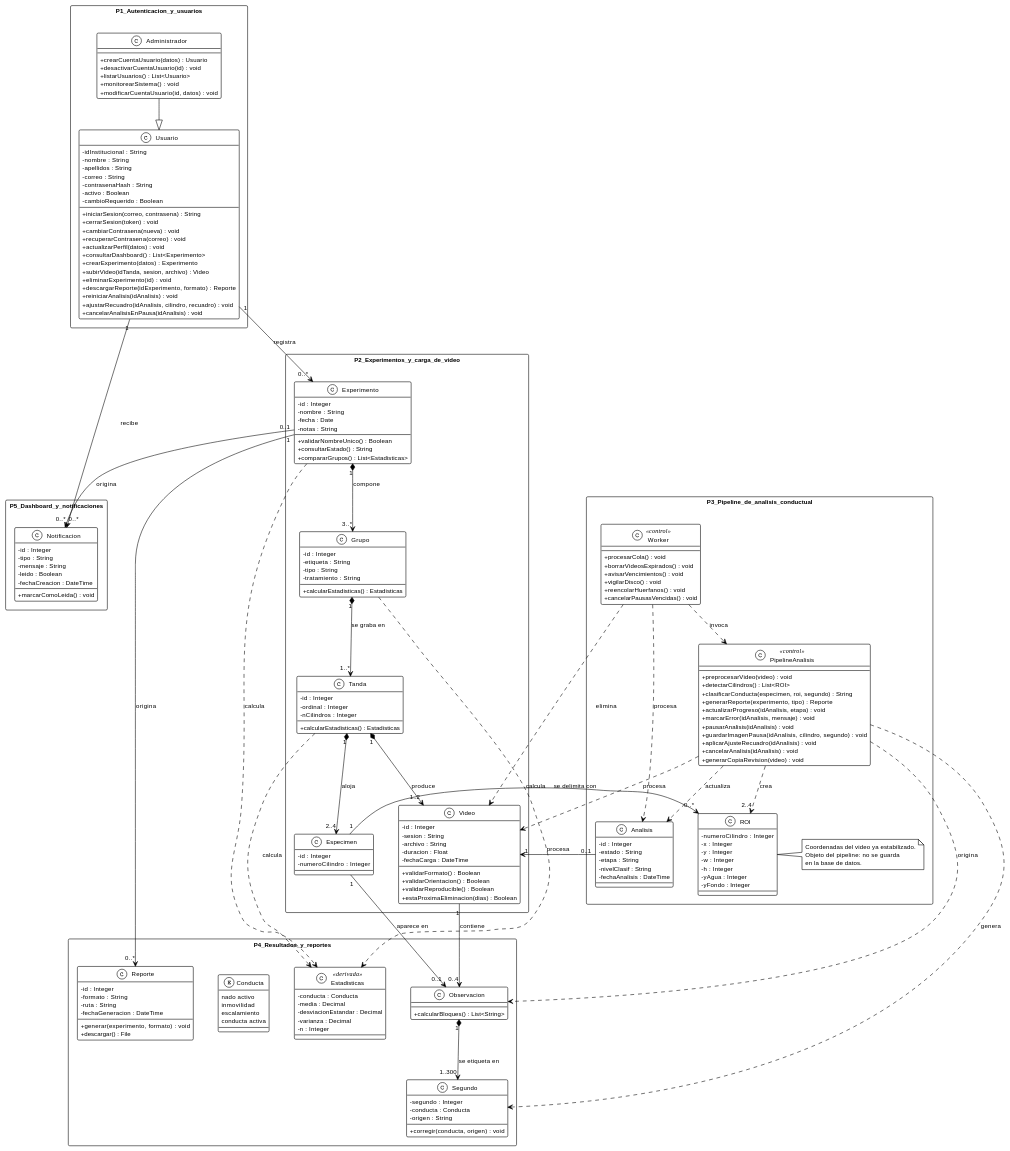
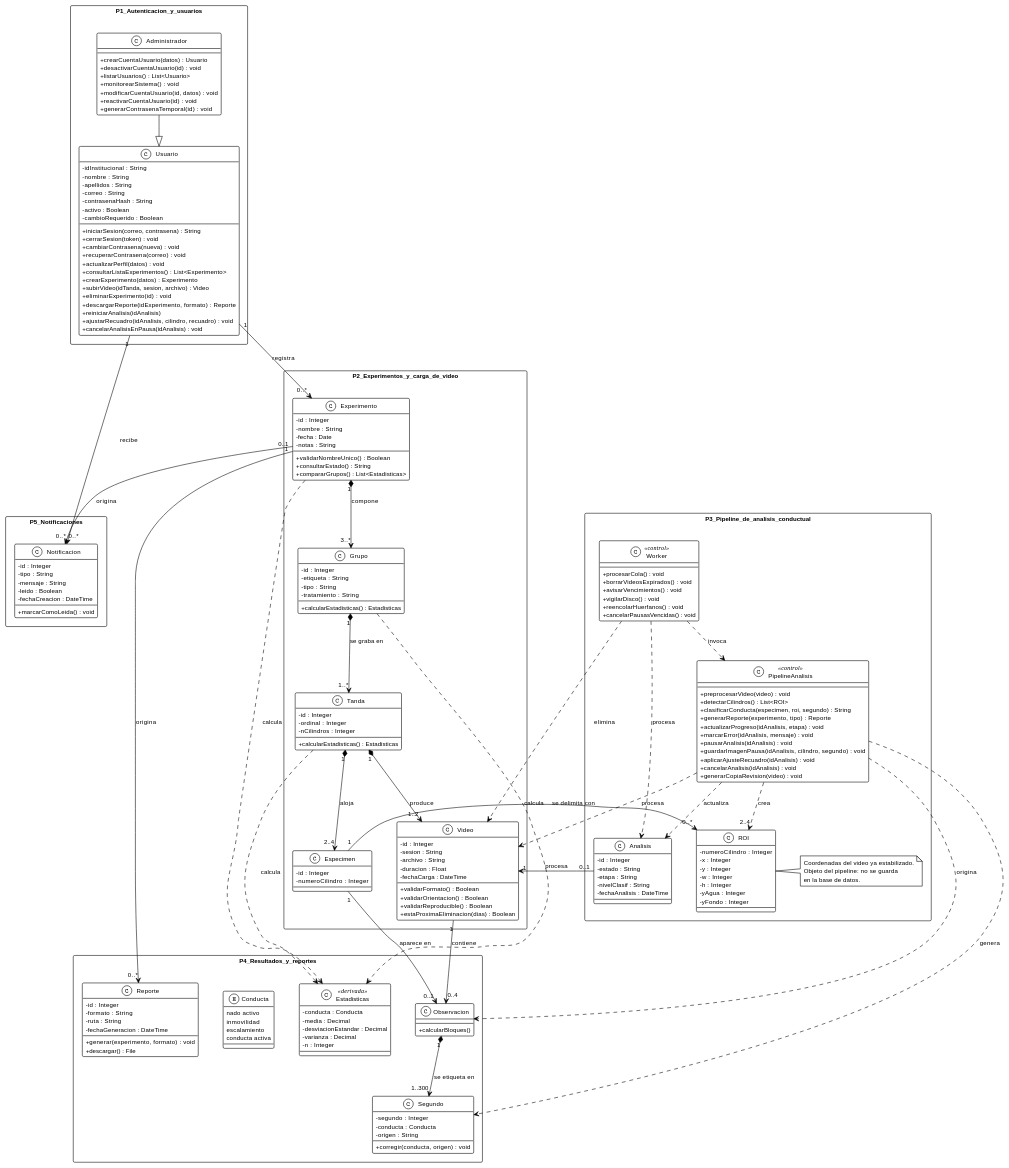
Before and after one commit to ErickJester/fst-ai-system-latex: diagram 13 of 39 in INSTRUCCIONES-WEB.md, drawn with PlantUML. The commit also changed other lines of this file and 89 other files, not shown here.

```diff
--- a/INSTRUCCIONES-WEB.md
+++ b/INSTRUCCIONES-WEB.md
@@ -1842,12 +1837,12 @@
     +cambiarContrasena(nueva) : void
     +recuperarContrasena(correo) : void
     +actualizarPerfil(datos) : void
-    +consultarDashboard() : List<Experimento>
+    +consultarListaExperimentos() : List<Experimento>
     +crearExperimento(datos) : Experimento
     +subirVideo(idTanda, sesion, archivo) : Video
     +eliminarExperimento(id) : void
     +descargarReporte(idExperimento, formato) : Reporte
-    +reiniciarAnalisis(idAnalisis) : void
+    +reiniciarAnalisis(idAnalisis)
     +ajustarRecuadro(idAnalisis, cilindro, recuadro) : void
     +cancelarAnalisisEnPausa(idAnalisis) : void
   }
@@ -1857,6 +1852,8 @@
     +listarUsuarios() : List<Usuario>
     +monitorearSistema() : void
     +modificarCuentaUsuario(id, datos) : void
+    +reactivarCuentaUsuario(id) : void
+    +generarContrasenaTemporal(id) : void
   }
 }
 
@@ -1954,7 +1951,7 @@
     -n : Integer
   }
   class Observacion {
-    +calcularBloques() : List<String>
+    +calcularBloques()
   }
   enum Conducta {
     nado activo
@@ -1978,7 +1975,7 @@
   }
 }
 
-package P5_Dashboard_y_notificaciones {
+package P5_Notificaciones {
   class Notificacion {
     -id : Integer
     -tipo : String
```
